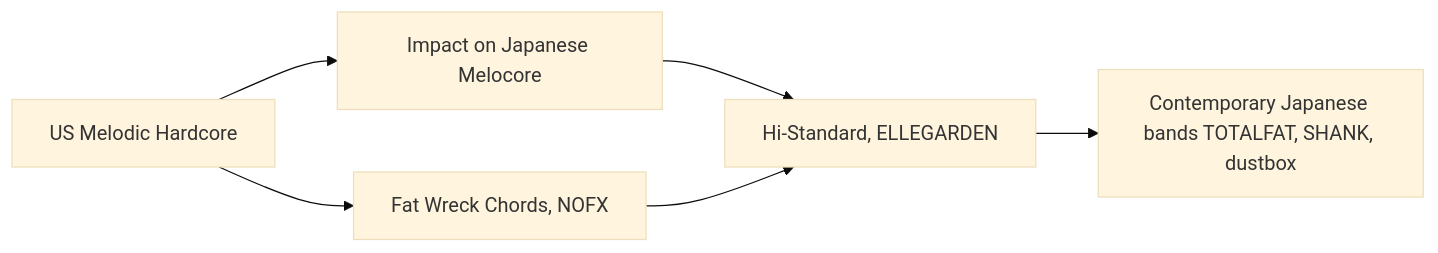
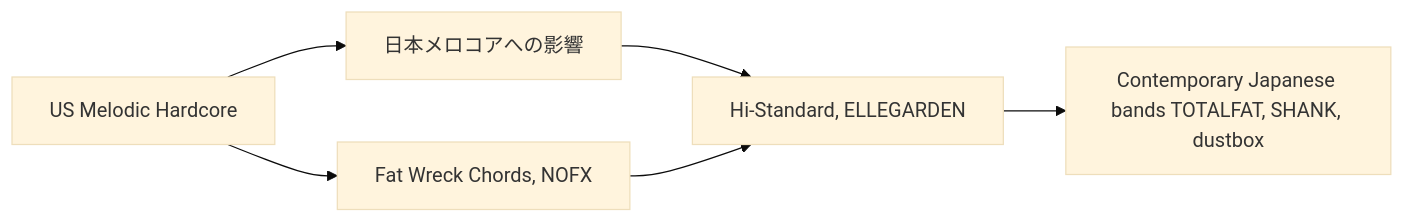
Before and after one commit to monumental-movement/monumental-movement.github.io: the third of 3 diagrams in en/_posts/2025-11-27-column-melodic-hardcore-japan-us.md, drawn with Mermaid (base theme). The commit also changed other lines of this file and 2196 other files, not shown here.

```diff
--- a/en/_posts/2025-11-27-column-melodic-hardcore-japan-us.md
+++ b/en/_posts/2025-11-27-column-melodic-hardcore-japan-us.md
@@ -213,8 +213,8 @@
 <div class="mermaid">
 graph LR
-    A[US Melodic Hardcore] --> B[Impact on Japanese Melocore]
+    A[US Melodic Hardcore] --> B[日本メロコアへの影響]
     B --> C[Hi-Standard, ELLEGARDEN]
     A --> D[Fat Wreck Chords, NOFX]
     D --> C
     C --> E[Contemporary Japanese bands TOTALFAT, SHANK, dustbox]
 </div>
```
